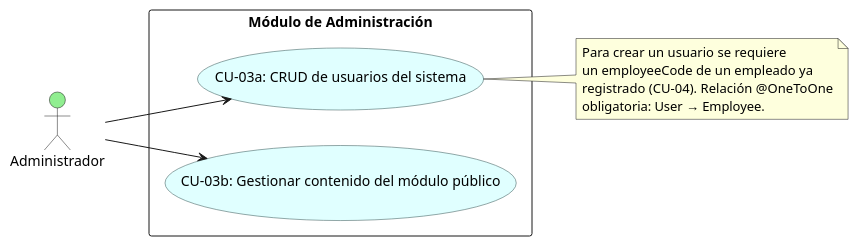
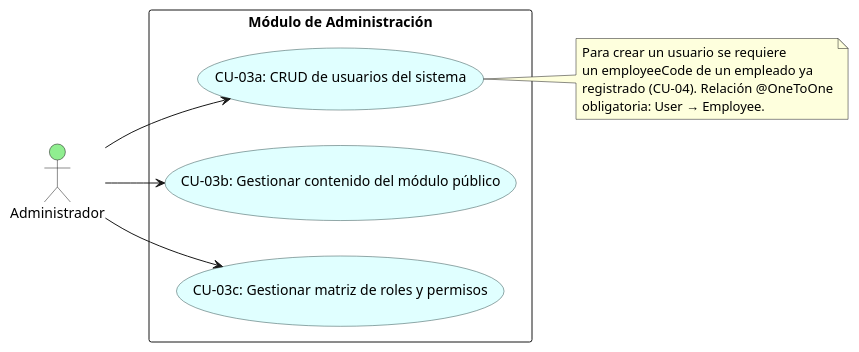
The diagram in docs/diagramas/casos_uso/03_modulo_administracion.puml (ElianMMCode/Zone-Control), drawn with PlantUML before and after one commit. The commit also changed 3 other files, not shown here.

```diff
--- a/docs/diagramas/casos_uso/03_modulo_administracion.puml
+++ b/docs/diagramas/casos_uso/03_modulo_administracion.puml
@@ -1,26 +1,28 @@
 @startuml
 skinparam usecase {
     BackgroundColor LightCyan
     BorderColor DarkSlateGray
 }
 skinparam packageStyle rectangle
 left to right direction
 
 actor "Administrador" as Admin #LightGreen
 
 package "Módulo de Administración" {
     usecase "CU-03a: CRUD de usuarios del sistema" as UC_Admin1
     usecase "CU-03b: Gestionar contenido del módulo público" as UC_Admin2
+    usecase "CU-03c: Gestionar matriz de roles y permisos" as UC_Admin3
 }
 
 Admin --> UC_Admin1
 Admin --> UC_Admin2
+Admin --> UC_Admin3
 
 note right of UC_Admin1
   Para crear un usuario se requiere
   un employeeCode de un empleado ya
   registrado (CU-04). Relación @OneToOne
   obligatoria: User → Employee.
 end note
 
 @enduml
```
